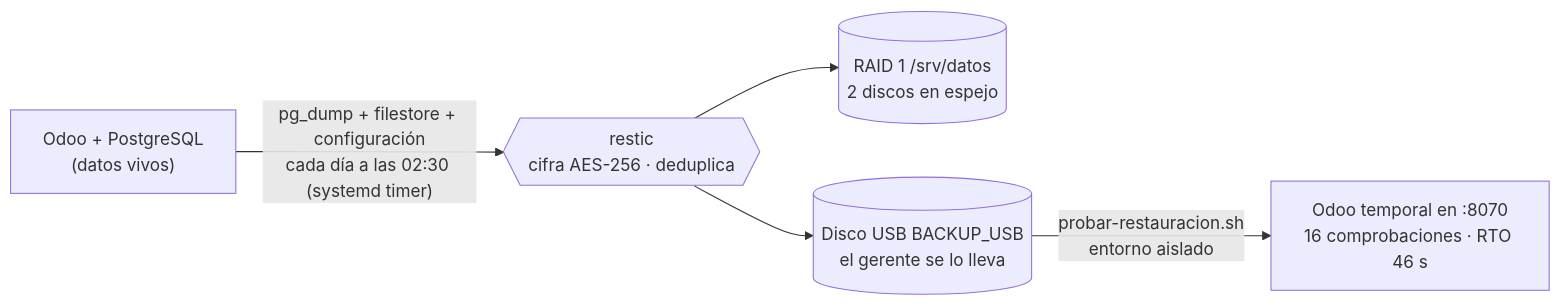
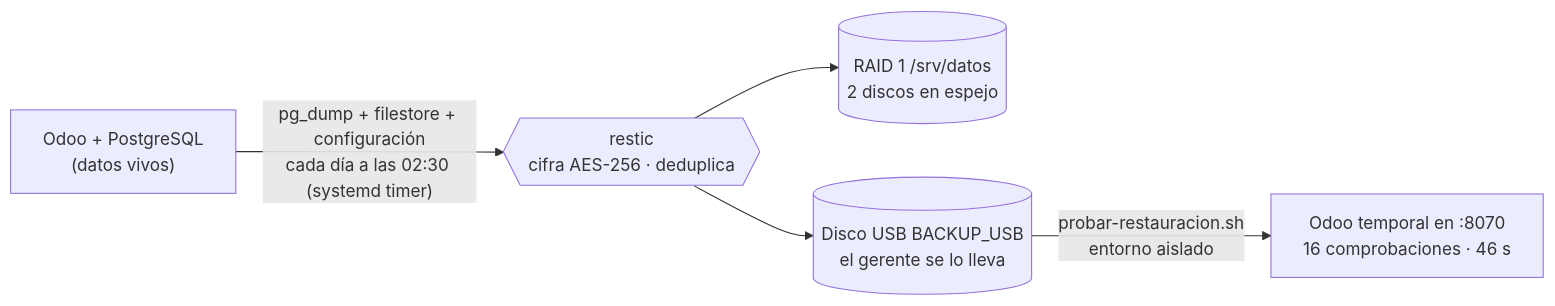
The third of 5 diagrams in LOGICA_RETO.md (zHGx-alt/Reto-Asir), drawn with Mermaid before and after one commit. The commit also changed other lines of this file and 52 other files, not shown here.

````diff
--- a/LOGICA_RETO.md
+++ b/LOGICA_RETO.md
@@ -268,7 +271,7 @@
 ```mermaid
 flowchart LR
     ODOO["Odoo + PostgreSQL<br/>(datos vivos)"] -- "pg_dump + filestore + configuración<br/>cada día a las 02:30 (systemd timer)" --> RESTIC{{"restic<br/>cifra AES-256 · deduplica"}}
     RESTIC --> RAID[("RAID 1 /srv/datos<br/>2 discos en espejo")]
     RESTIC --> USB[("Disco USB BACKUP_USB<br/>el gerente se lo lleva")]
-    USB -- "probar-restauracion.sh<br/>entorno aislado" --> PRUEBA["Odoo temporal en :8070<br/>16 comprobaciones · RTO 46 s"]
+    USB -- "probar-restauracion.sh<br/>entorno aislado" --> PRUEBA["Odoo temporal en :8070<br/>16 comprobaciones · 46 s"]
 ```
````
